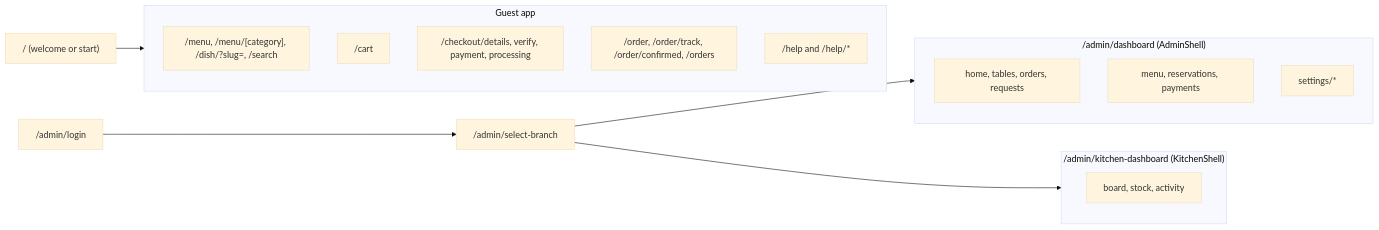
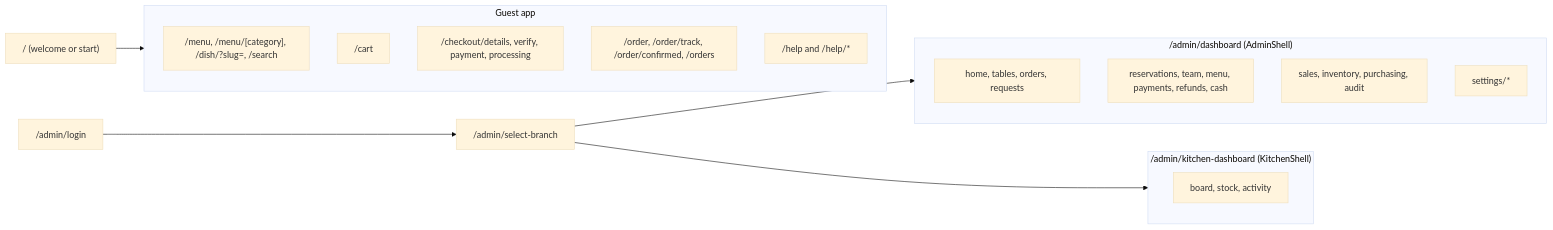
Before and after one commit to abhishekshah100/restaurant-order: the third of 3 diagrams in docs/architecture.md, drawn with Mermaid (base theme). The commit also changed other lines of this file and 13 other files, not shown here.

````diff
--- a/docs/architecture.md
+++ b/docs/architecture.md
@@ -366,22 +432,23 @@
 ```mermaid
 flowchart LR
   ROOT["/ (welcome or start)"] --> GUEST
   subgraph GUEST["Guest app"]
     MENU["/menu, /menu/[category], /dish/?slug=, /search"]
     CART["/cart"]
     CHECKOUT["/checkout/details, verify, payment, processing"]
     ORDER["/order, /order/track, /order/confirmed, /orders"]
     HELP["/help and /help/*"]
   end
   LOGIN["/admin/login"] --> SELECT["/admin/select-branch"]
   SELECT --> DASH
   subgraph DASH["/admin/dashboard (AdminShell)"]
     HOME["home, tables, orders, requests"]
-    MORE["menu, reservations, payments"]
+    MORE["reservations, team, menu, payments, refunds, cash"]
+    MGR["sales, inventory, purchasing, audit"]
     SETTINGS["settings/*"]
   end
   SELECT --> KITCHEN
   subgraph KITCHEN["/admin/kitchen-dashboard (KitchenShell)"]
     BOARD["board, stock, activity"]
   end
 ```
````
